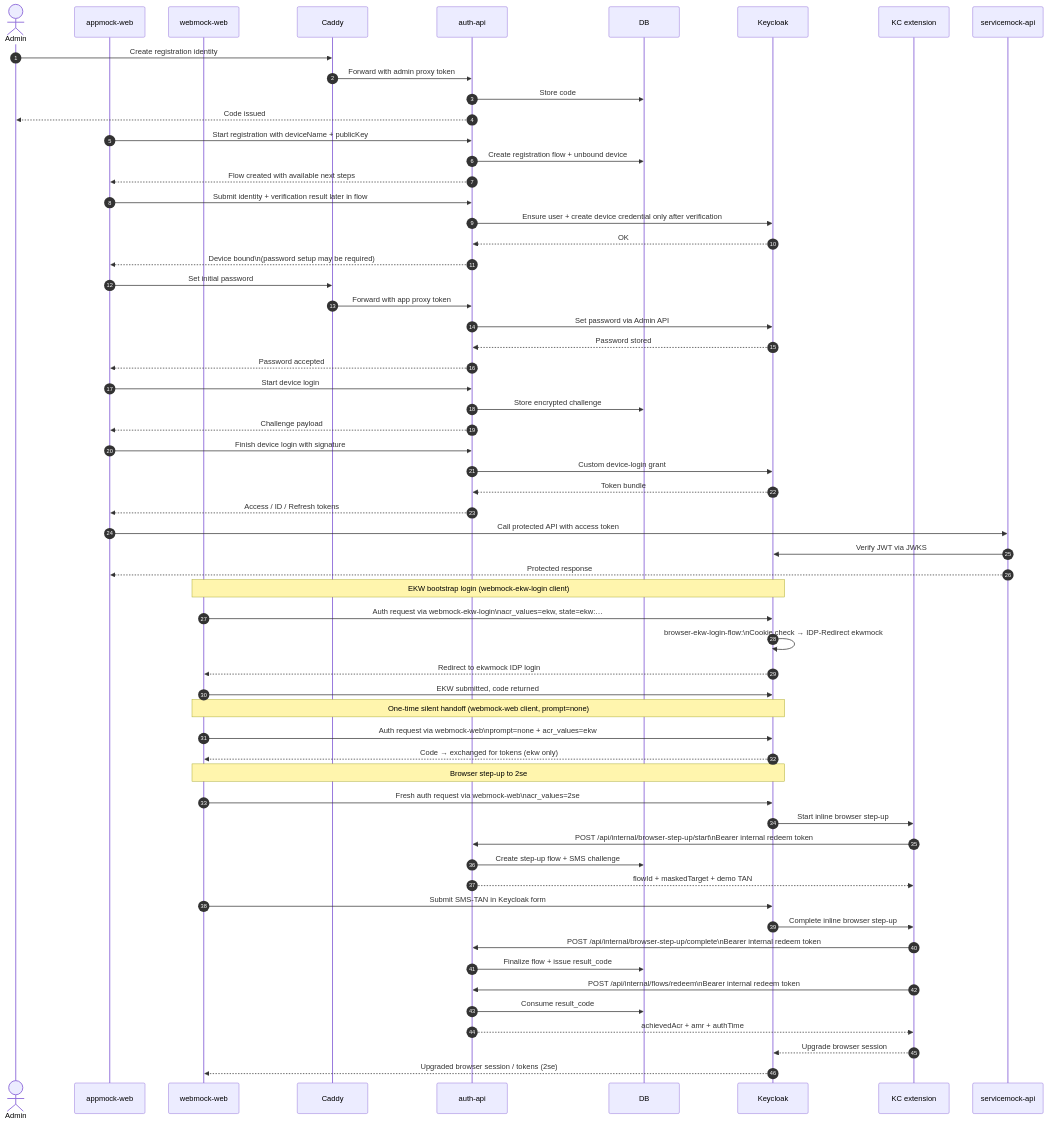
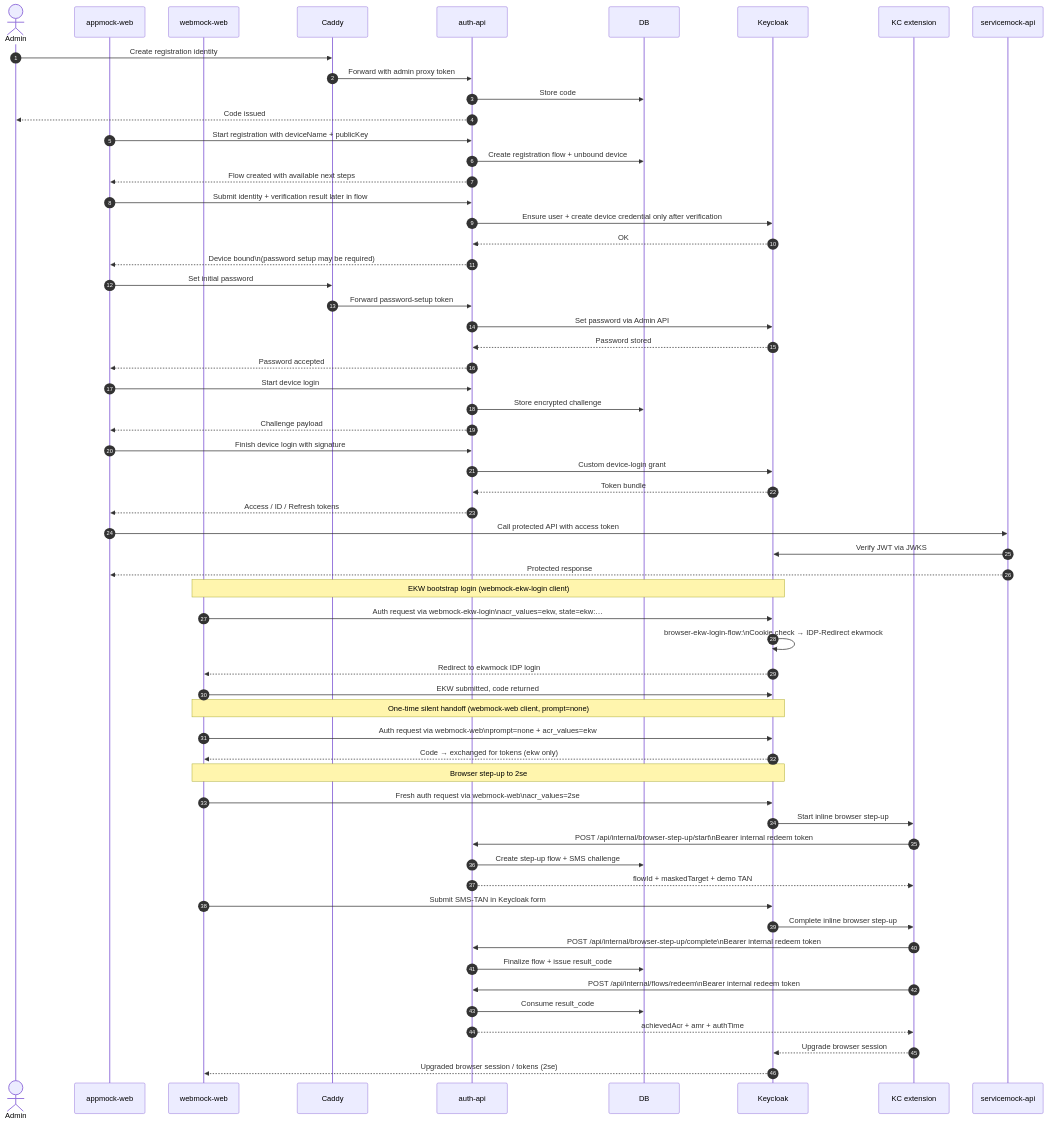
The first of 2 diagrams in README.md (rpreissel/auth-sandbox-2), drawn with Mermaid before and after one commit. The commit also changed other lines of this file and 18 other files, not shown here.

Commit message:
replace app proxy token on app routes

````diff
--- a/README.md
+++ b/README.md
@@ -66,71 +66,71 @@
 ```mermaid
 sequenceDiagram
   autonumber
   actor Admin
   participant Device as appmock-web
   participant Browser as webmock-web
   participant Caddy
   participant Auth as auth-api
   participant DB
   participant KC as Keycloak
   participant Ext as KC extension
   participant Mock as servicemock-api
 
   Admin->>Caddy: Create registration identity
   Caddy->>Auth: Forward with admin proxy token
   Auth->>DB: Store code
   Auth-->>Admin: Code issued
 
   Device->>Auth: Start registration with deviceName + publicKey
   Auth->>DB: Create registration flow + unbound device
   Auth-->>Device: Flow created with available next steps
 
   Device->>Auth: Submit identity + verification result later in flow
   Auth->>KC: Ensure user + create device credential only after verification
   KC-->>Auth: OK
   Auth-->>Device: Device bound\n(password setup may be required)
 
   Device->>Caddy: Set initial password
-  Caddy->>Auth: Forward with app proxy token
+  Caddy->>Auth: Forward password-setup token
   Auth->>KC: Set password via Admin API
   KC-->>Auth: Password stored
   Auth-->>Device: Password accepted
 
   Device->>Auth: Start device login
   Auth->>DB: Store encrypted challenge
   Auth-->>Device: Challenge payload
 
   Device->>Auth: Finish device login with signature
   Auth->>KC: Custom device-login grant
   KC-->>Auth: Token bundle
   Auth-->>Device: Access / ID / Refresh tokens
 
   Device->>Mock: Call protected API with access token
   Mock->>KC: Verify JWT via JWKS
   Mock-->>Device: Protected response
 
   Note over Browser,KC: EKW bootstrap login (webmock-ekw-login client)
   Browser->>KC: Auth request via webmock-ekw-login\nacr_values=ekw, state=ekw:…
   KC->>KC: browser-ekw-login-flow:\nCookie check → IDP-Redirect ekwmock
   KC-->>Browser: Redirect to ekwmock IDP login
   Browser->>KC: EKW submitted, code returned
   Note over Browser,KC: One-time silent handoff (webmock-web client, prompt=none)
   Browser->>KC: Auth request via webmock-web\nprompt=none + acr_values=ekw
   KC-->>Browser: Code → exchanged for tokens (ekw only)
 
   Note over Browser,KC: Browser step-up to 2se
   Browser->>KC: Fresh auth request via webmock-web\nacr_values=2se
   KC->>Ext: Start inline browser step-up
   Ext->>Auth: POST /api/internal/browser-step-up/start\nBearer internal redeem token
   Auth->>DB: Create step-up flow + SMS challenge
   Auth-->>Ext: flowId + maskedTarget + demo TAN
   Browser->>KC: Submit SMS-TAN in Keycloak form
   KC->>Ext: Complete inline browser step-up
   Ext->>Auth: POST /api/internal/browser-step-up/complete\nBearer internal redeem token
   Auth->>DB: Finalize flow + issue result_code
   Ext->>Auth: POST /api/internal/flows/redeem\nBearer internal redeem token
   Auth->>DB: Consume result_code
   Auth-->>Ext: achievedAcr + amr + authTime
   Ext-->>KC: Upgrade browser session
   KC-->>Browser: Upgraded browser session / tokens (2se)
 ```
````
